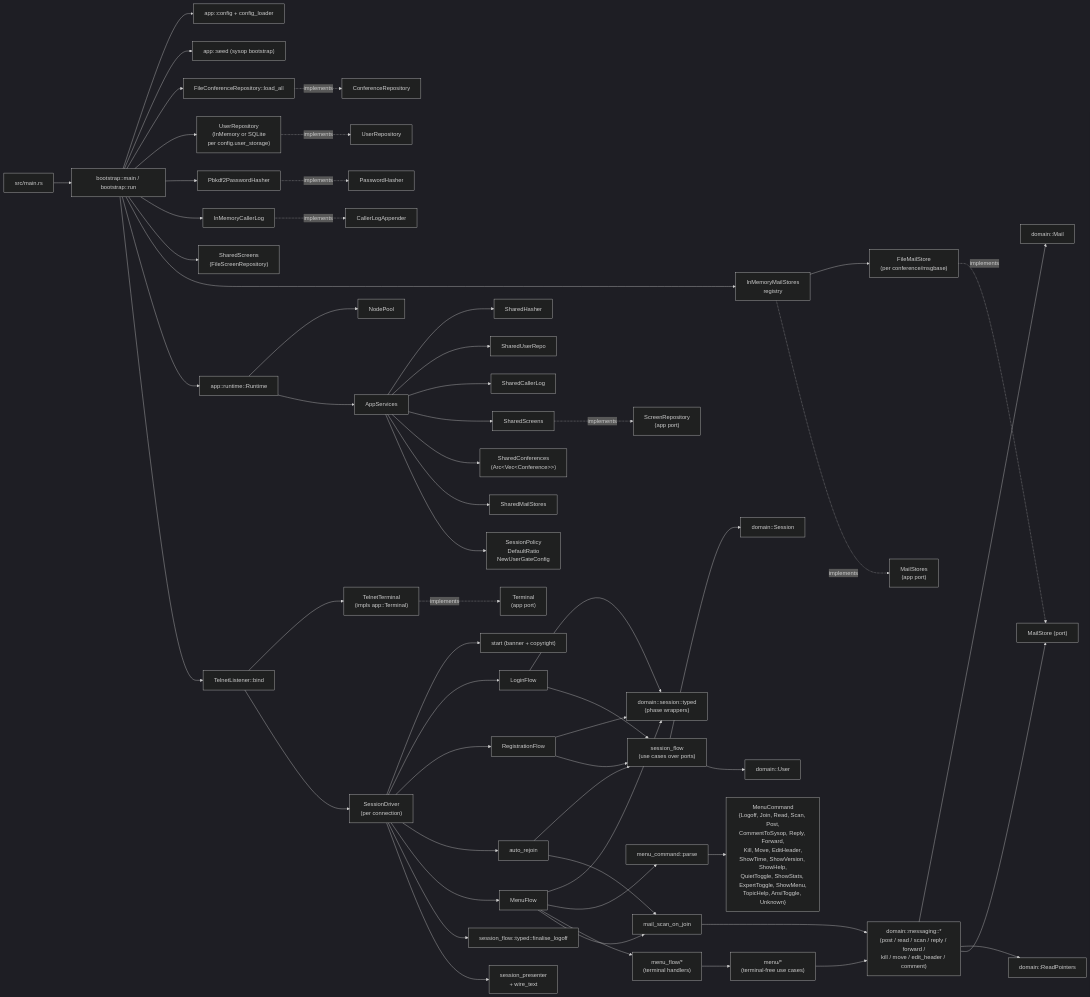
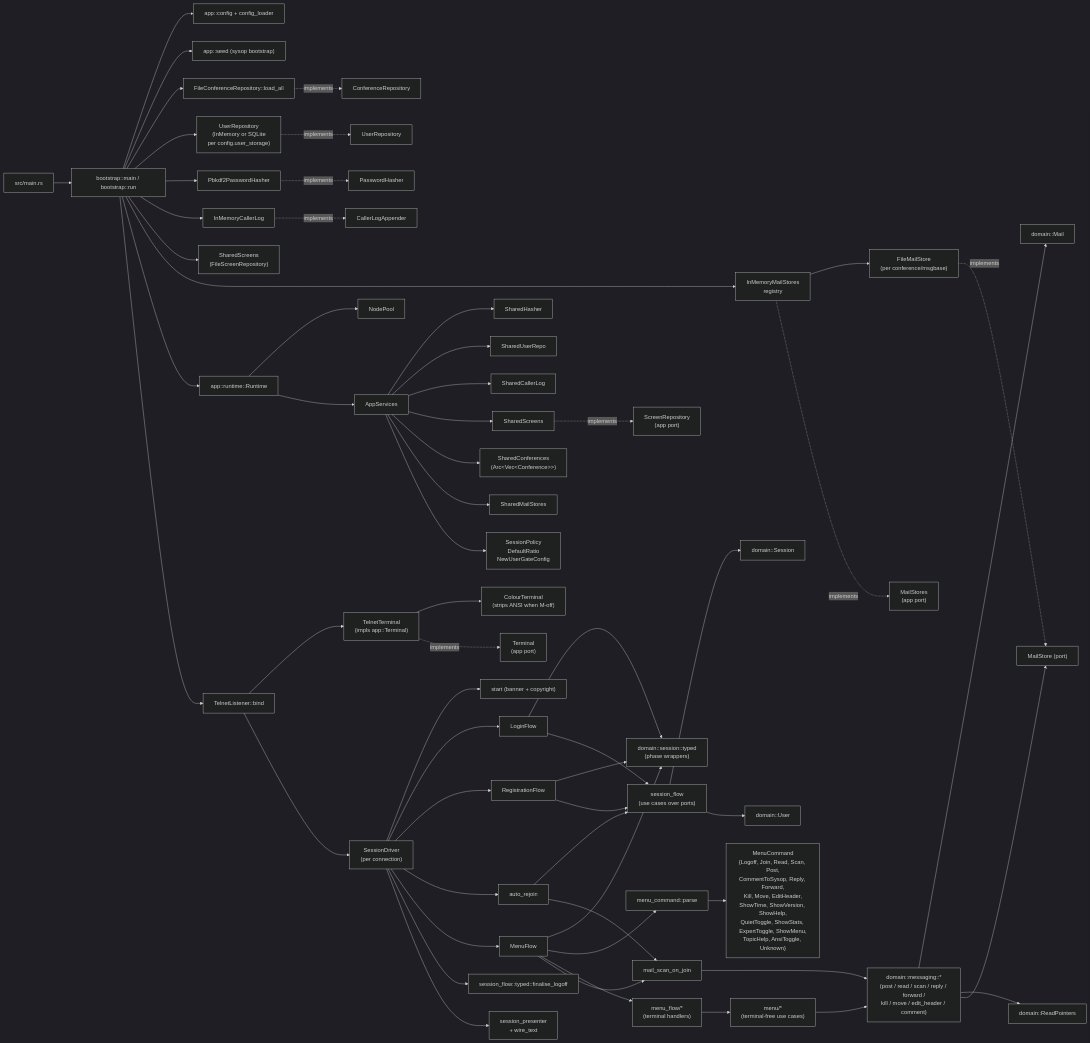
Before and after one commit to pingles/nextexpress: the diagram in SYSTEM.md, drawn with Mermaid (dark theme). The commit also changed other lines of this file and 2 other files, not shown here.

````diff
--- a/SYSTEM.md
+++ b/SYSTEM.md
@@ -90,70 +92,71 @@
 ```mermaid
 flowchart LR
     Main["src/main.rs"] --> AppRun["bootstrap::main / bootstrap::run"]
 
     AppRun --> Config["app::config + config_loader"]
     AppRun --> Seed["app::seed (sysop bootstrap)"]
     AppRun --> ConfRepo["FileConferenceRepository::load_all"]
     AppRun --> UserRepo["UserRepository\n(InMemory or SQLite\nper config.user_storage)"]
     AppRun --> Hasher["Pbkdf2PasswordHasher"]
     AppRun --> CallerLog["InMemoryCallerLog"]
     AppRun --> Screens["SharedScreens\n(FileScreenRepository)"]
     AppRun --> MailRegistry["InMemoryMailStores\nregistry"]
     MailRegistry --> FileMailStore["FileMailStore\n(per conference/msgbase)"]
 
     AppRun --> Runtime["app::runtime::Runtime"]
     Runtime --> NodePool["NodePool"]
     Runtime --> Services["AppServices"]
 
     Services --> Sharedhasher["SharedHasher"]
     Services --> SharedRepo["SharedUserRepo"]
     Services --> SharedLog["SharedCallerLog"]
     Services --> SharedScreens
     Services --> SharedConfs["SharedConferences\n(Arc&lt;Vec&lt;Conference&gt;&gt;)"]
     Services --> SharedMail["SharedMailStores"]
     Services --> Policy["SessionPolicy\nDefaultRatio\nNewUserGateConfig"]
 
     AppRun --> Telnet["TelnetListener::bind"]
     Telnet --> Terminal["TelnetTerminal\n(impls app::Terminal)"]
+    Terminal --> Colour["ColourTerminal\n(strips ANSI when M-off)"]
     Telnet --> Driver["SessionDriver\n(per connection)"]
 
     Driver --> Start["start (banner + copyright)"]
     Driver --> Login["LoginFlow"]
     Driver --> Registration["RegistrationFlow"]
     Driver --> AutoRejoin["auto_rejoin"]
     Driver --> Menu["MenuFlow"]
     Driver --> Finalise["session_flow::typed::finalise_logoff"]
 
     Login --> Typed["domain::session::typed\n(phase wrappers)"]
     Registration --> Typed
     Menu --> Typed
     Login --> SF["session_flow\n(use cases over ports)"]
     Registration --> SF
     AutoRejoin --> SF
     Driver --> Presenter["session_presenter\n+ wire_text"]
 
     Menu --> Parse["menu_command::parse"]
     Parse --> Cmds["MenuCommand\n{Logoff, Join, Read, Scan, Post,\nCommentToSysop, Reply, Forward,\nKill, Move, EditHeader,\nShowTime, ShowVersion, ShowHelp,\nQuietToggle, ShowStats, ExpertToggle, ShowMenu,\nTopicHelp, AnsiToggle, Unknown}"]
     Menu --> MenuFlowHandlers["menu_flow/*\n(terminal handlers)"]
     MenuFlowHandlers --> MenuUseCases["menu/*\n(terminal-free use cases)"]
 
     MenuUseCases --> Rules["domain::messaging::*\n(post / read / scan / reply / forward /\nkill / move / edit_header / comment)"]
     AutoRejoin --> ScanOnJoin["mail_scan_on_join"]
     Menu --> ScanOnJoin
     ScanOnJoin --> Rules
 
     Rules --> Mail["domain::Mail"]
     Rules --> Pointers["domain::ReadPointers"]
     Rules --> MailPort["MailStore (port)"]
     SF --> DomainSession["domain::Session"]
     SF --> DomainUser["domain::User"]
 
     ConfRepo -.implements.-> ConfPort["ConferenceRepository"]
     UserRepo -.implements.-> UserPort["UserRepository"]
     Hasher -.implements.-> HasherPort["PasswordHasher"]
     CallerLog -.implements.-> LogPort["CallerLogAppender"]
     SharedScreens -.implements.-> ScreenPort["ScreenRepository\n(app port)"]
     MailRegistry -.implements.-> MailRegistryPort["MailStores\n(app port)"]
     FileMailStore -.implements.-> MailPort
     Terminal -.implements.-> TermPort["Terminal\n(app port)"]
 ```
````
